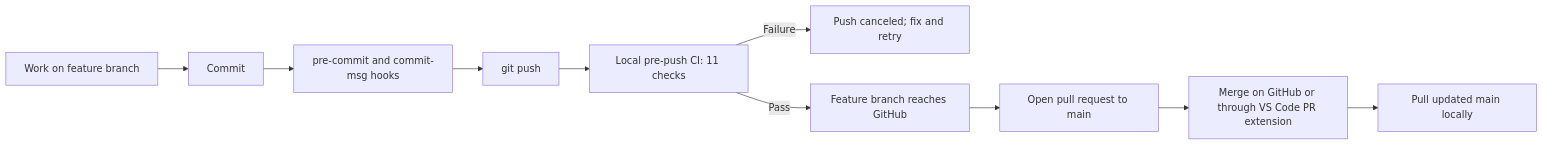
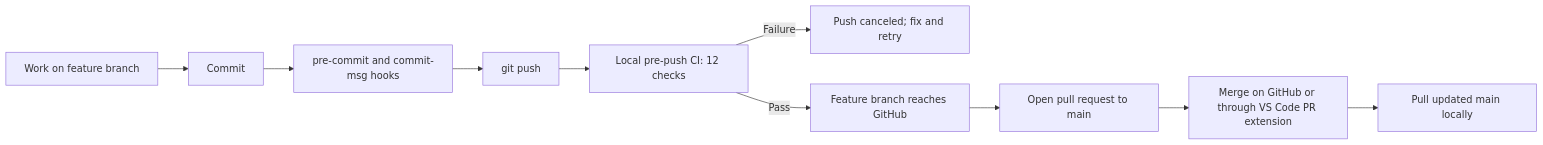
The diagram in docs/local-ci-protected-main-workflow-manual.md (kuyajp123/devventory), drawn with Mermaid before and after one commit. The commit also changed other lines of this file and 32 other files, not shown here.

````diff
--- a/docs/local-ci-protected-main-workflow-manual.md
+++ b/docs/local-ci-protected-main-workflow-manual.md
@@ -38,12 +38,12 @@
 ```mermaid
 flowchart LR
     A["Work on feature branch"] --> B["Commit"]
     B --> C["pre-commit and commit-msg hooks"]
     C --> D["git push"]
-    D --> E["Local pre-push CI: 11 checks"]
+    D --> E["Local pre-push CI: 12 checks"]
     E -->|"Failure"| F["Push canceled; fix and retry"]
     E -->|"Pass"| G["Feature branch reaches GitHub"]
     G --> H["Open pull request to main"]
     H --> I["Merge on GitHub or through VS Code PR extension"]
     I --> J["Pull updated main locally"]
 ```
````
